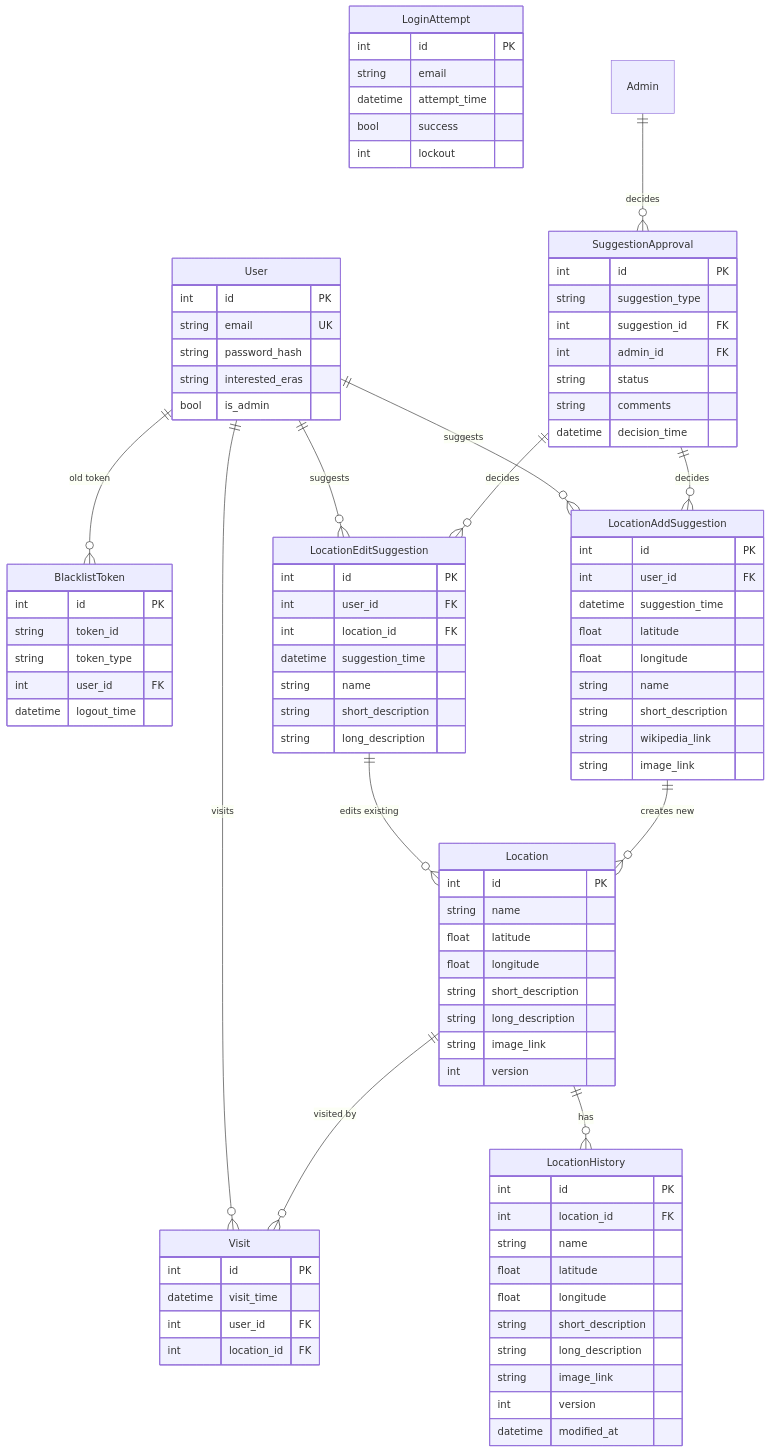
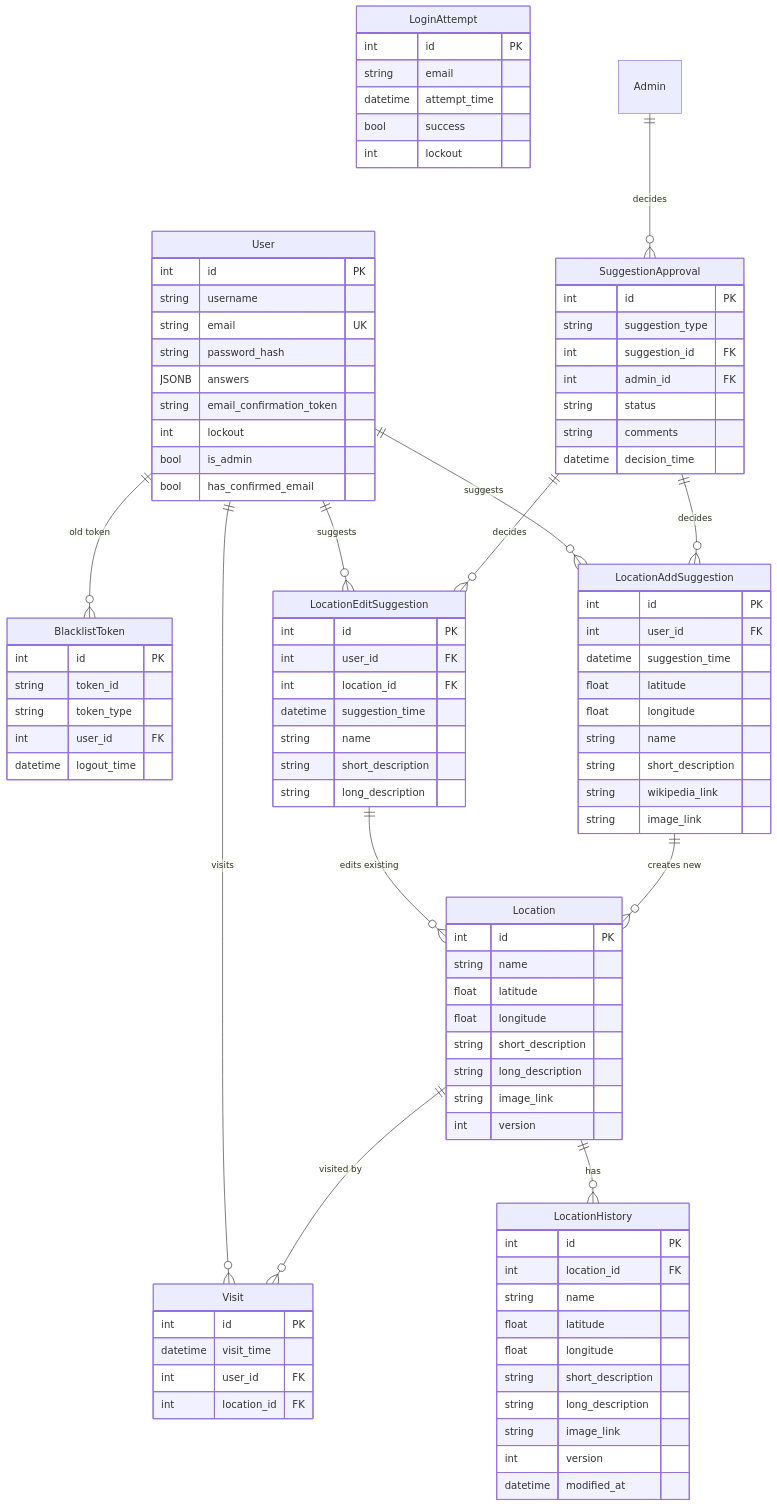
One commit to CS-495-Historical-Sites/remnant changed the diagram in documentation/docs/Documentation/Backend/Database.md. Above: the diagram before and after it, drawn with Mermaid.

Commit message:
update user database diagram

````diff
--- a/documentation/docs/Documentation/Backend/Database.md
+++ b/documentation/docs/Documentation/Backend/Database.md
@@ -3,11 +3,15 @@
 ``` mermaid
 erDiagram
     User {
-        int id  PK
+        int id PK
+        string username
         string email UK
-        string password_hash 
-        string interested_eras
+        string password_hash
+        JSONB answers
+        string email_confirmation_token
+        int lockout
         bool is_admin
+        bool has_confirmed_email
     }
     Location {
         int id  PK
````
